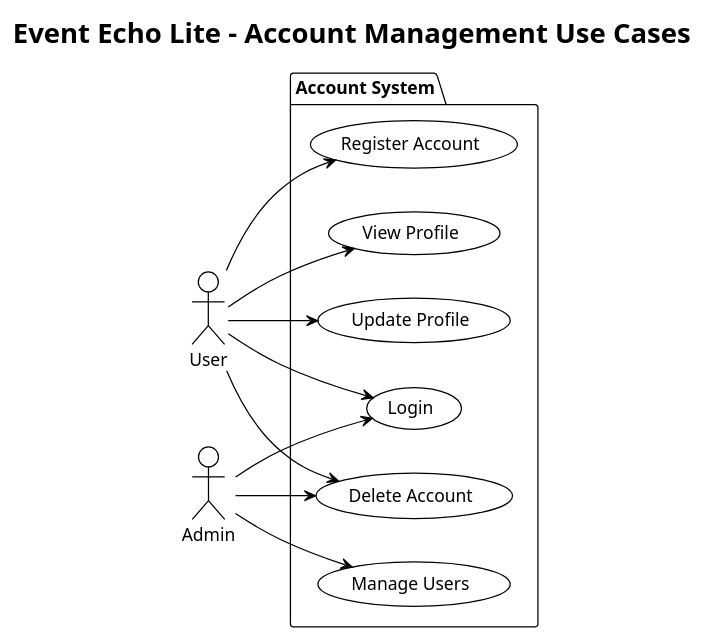
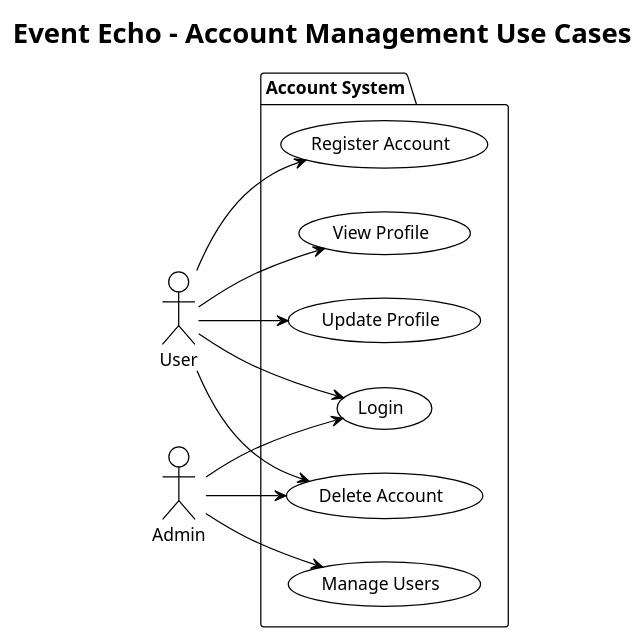
One commit to JoshuaCYin/Event-Echo-Lite changed the diagram in docs/diagrams/usecase_accounts.puml. Above: the diagram before and after it, drawn with PlantUML. The commit also changed 7 other files, not shown here.

Commit message:
Fix issue in diagrams.

```diff
--- a/docs/diagrams/usecase_accounts.puml
+++ b/docs/diagrams/usecase_accounts.puml
@@ -1,28 +1,28 @@
 @startuml
 !theme plain
-title Event Echo Lite - Account Management Use Cases
+title Event Echo - Account Management Use Cases
 
 left to right direction
 actor "User" as user
 actor "Admin" as admin
 
 package "Account System" {
   usecase "Register Account" as UC1
   usecase "Login" as UC2
   usecase "View Profile" as UC3
   usecase "Update Profile" as UC4
   usecase "Delete Account" as UC5
   usecase "Manage Users" as UC6
 }
 
 user --> UC1
 user --> UC2
 user --> UC3
 user --> UC4
 user --> UC5
 
 admin --> UC2
 admin --> UC6
 admin --> UC5
 
 @enduml
```
